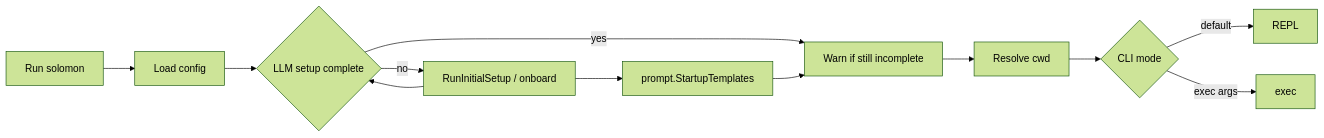
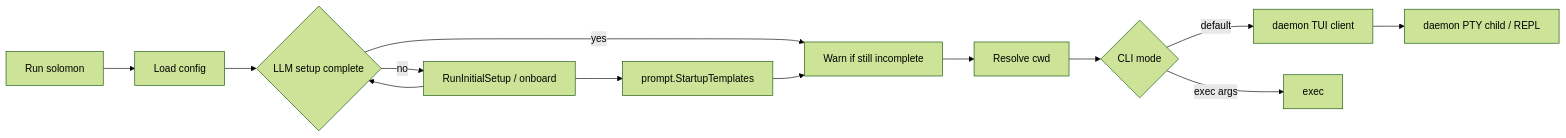
Before and after one commit to SAPPHIR3-ROS3/Solomon: the diagram in docs/architecture/startup-and-cli.md, drawn with Mermaid (forest theme). The commit also changed other lines of this file and 5 other files, not shown here.

````diff
--- a/docs/architecture/startup-and-cli.md
+++ b/docs/architecture/startup-and-cli.md
@@ -46,20 +46,21 @@
 ```mermaid
 flowchart LR
   start[Run solomon]
   load[Load config]
   ok{LLM setup complete}
   setup[RunInitialSetup / onboard]
   tpl[prompt.StartupTemplates]
   warn[Warn if still incomplete]
   proj[Resolve cwd]
   mode{CLI mode}
-  repl[REPL]
+  client[daemon TUI client]
+  repl[daemon PTY child / REPL]
   execOnce[exec]
   start --> load --> ok
   ok -->|no| setup --> ok
   ok -->|yes| warn
   setup --> tpl --> warn
   warn --> proj --> mode
-  mode -->|default| repl
+  mode -->|default| client --> repl
   mode -->|exec args| execOnce
 ```
````
